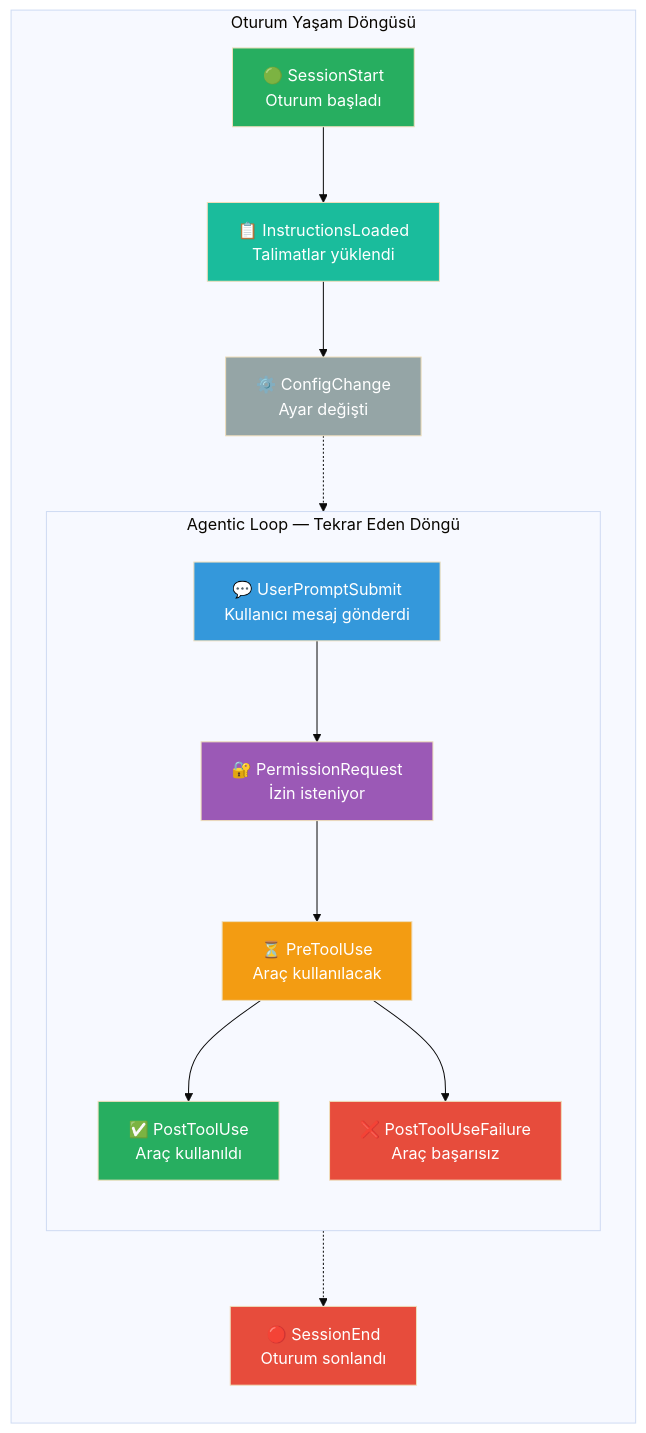
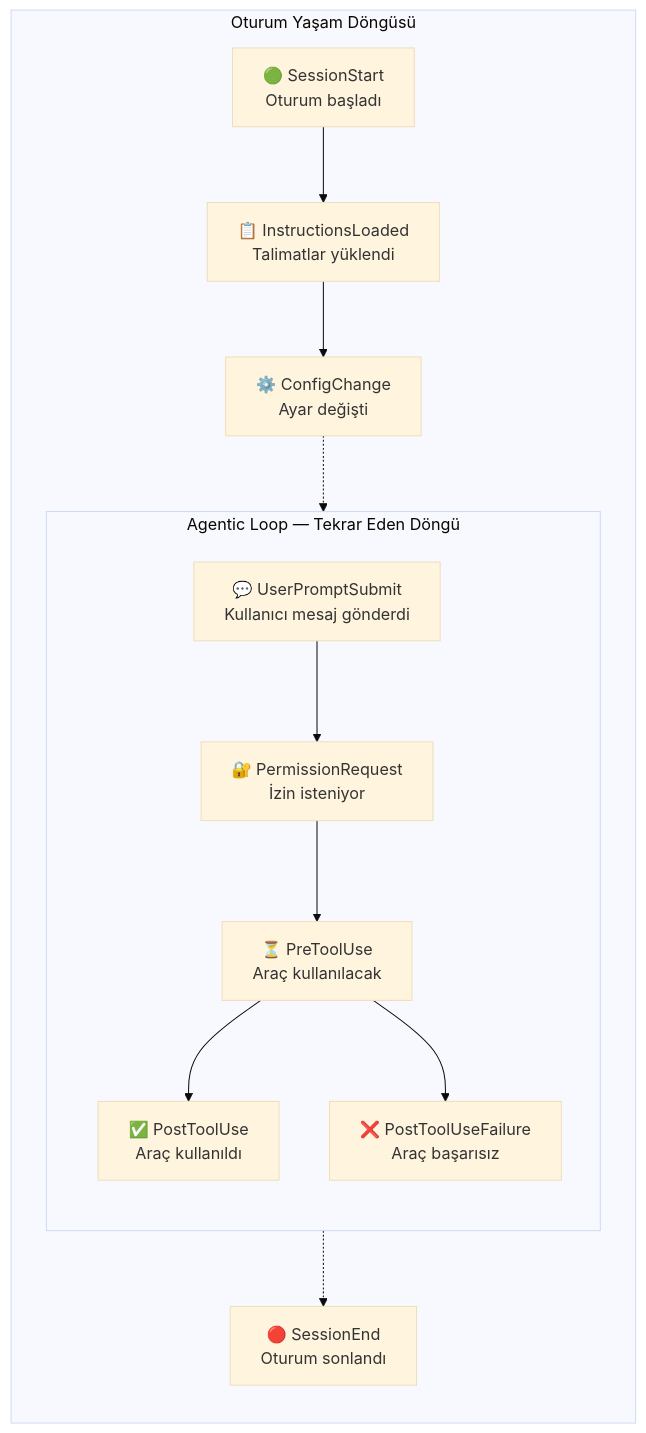
One commit to IzzetYasinAtes/ClaudeCodeHandbook changed the first of 3 diagrams in 14-hooks-ve-otomasyon/02-hook-olaylari.md. Above: the diagram before and after it, drawn with Mermaid (base theme). The commit also changed other lines of this file and 97 other files, not shown here.

Commit message:
Remove all custom Mermaid style/fill colors from 98 markdown files for consistent dark theme rendering

````diff
--- a/14-hooks-ve-otomasyon/02-hook-olaylari.md
+++ b/14-hooks-ve-otomasyon/02-hook-olaylari.md
@@ -16,36 +16,27 @@
 ```mermaid
 flowchart TB
     subgraph session ["Oturum Yaşam Döngüsü"]
         direction TB
         SS["🟢 SessionStart<br/>Oturum başladı"]
         IL["📋 InstructionsLoaded<br/>Talimatlar yüklendi"]
         CC["⚙️ ConfigChange<br/>Ayar değişti"]
         
         subgraph loop ["Agentic Loop — Tekrar Eden Döngü"]
             direction TB
             UPS["💬 UserPromptSubmit<br/>Kullanıcı mesaj gönderdi"]
             PR["🔐 PermissionRequest<br/>İzin isteniyor"]
             PRE["⏳ PreToolUse<br/>Araç kullanılacak"]
             POST["✅ PostToolUse<br/>Araç kullanıldı"]
             FAIL["❌ PostToolUseFailure<br/>Araç başarısız"]
         end
         
         SE["🔴 SessionEnd<br/>Oturum sonlandı"]
     end
 
     SS --> IL --> CC
     CC -.-> loop
     UPS --> PR --> PRE --> POST
     PRE --> FAIL
     loop -.-> SE
 
-    style SS fill:#27AE60,color:#fff
-    style SE fill:#E74C3C,color:#fff
-    style UPS fill:#3498DB,color:#fff
-    style PRE fill:#F39C12,color:#fff
-    style POST fill:#27AE60,color:#fff
-    style FAIL fill:#E74C3C,color:#fff
-    style PR fill:#9B59B6,color:#fff
-    style IL fill:#1ABC9C,color:#fff
-    style CC fill:#95A5A6,color:#fff
 ```
````
